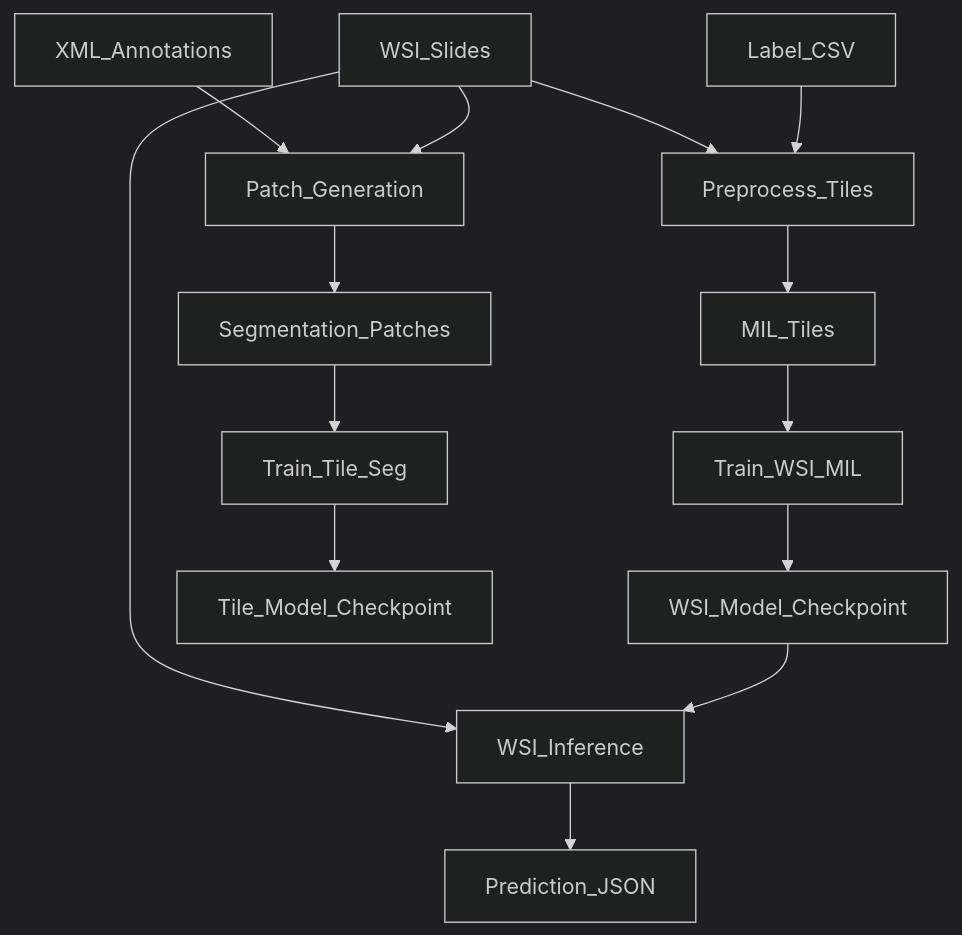
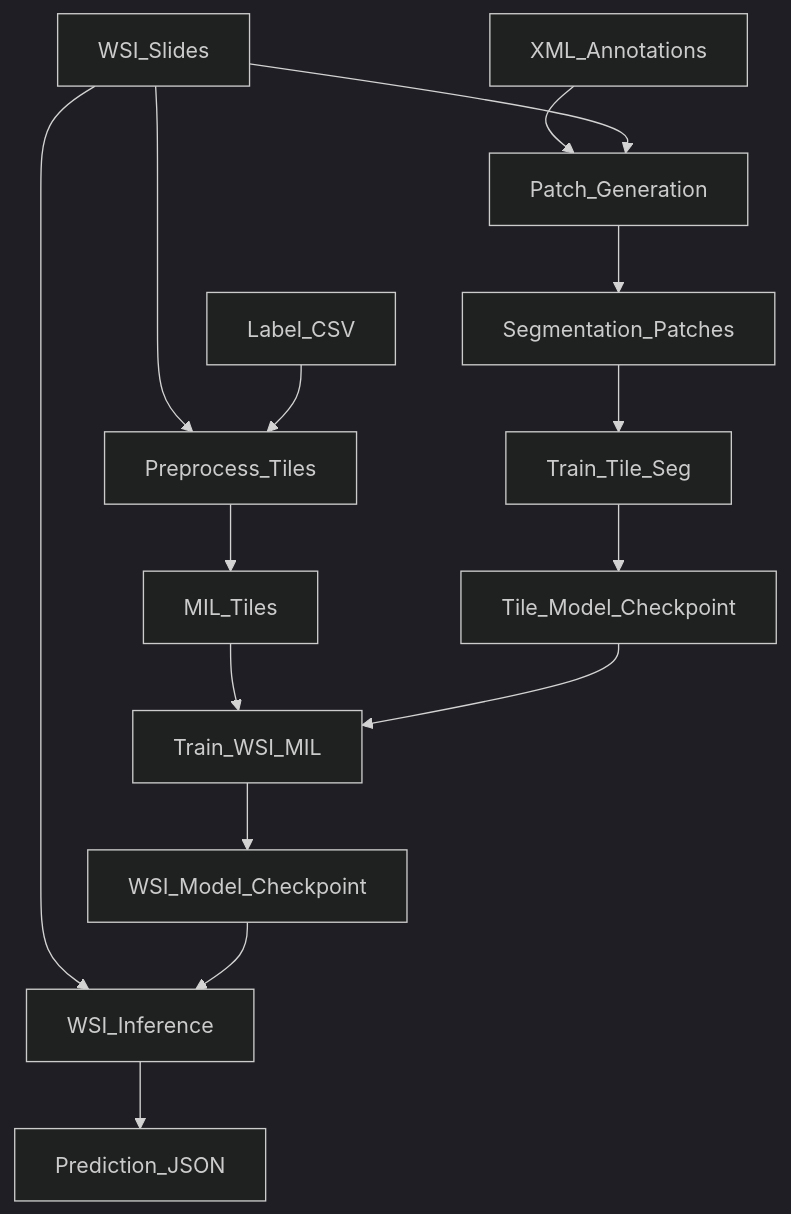
The diagram in docs/architecture.md (Cauch-BS/kidpro), drawn with Mermaid (dark theme) before and after one commit. The commit also changed 1 other file, not shown here.

Commit message:
docs: rename files and clarify architecture

````diff
--- a/docs/architecture.md
+++ b/docs/architecture.md
@@ -8,18 +8,19 @@
 ```mermaid
 flowchart TD
   WSI[WSI_Slides] --> Preprocess[Preprocess_Tiles]
   Labels[Label_CSV] --> Preprocess
   Preprocess --> MILTiles[MIL_Tiles]
   MILTiles --> TrainWSI[Train_WSI_MIL]
   TrainWSI --> WSIModel[WSI_Model_Checkpoint]
 
   XML[XML_Annotations] --> PatchGen[Patch_Generation]
   WSI --> PatchGen
   PatchGen --> PatchDataset[Segmentation_Patches]
   PatchDataset --> TrainTile[Train_Tile_Seg]
   TrainTile --> TileModel[Tile_Model_Checkpoint]
+  TileModel --> TrainWSI
 
   WSI --> Inference[WSI_Inference]
   WSIModel --> Inference
   Inference --> Prediction[Prediction_JSON]
 ```
````
